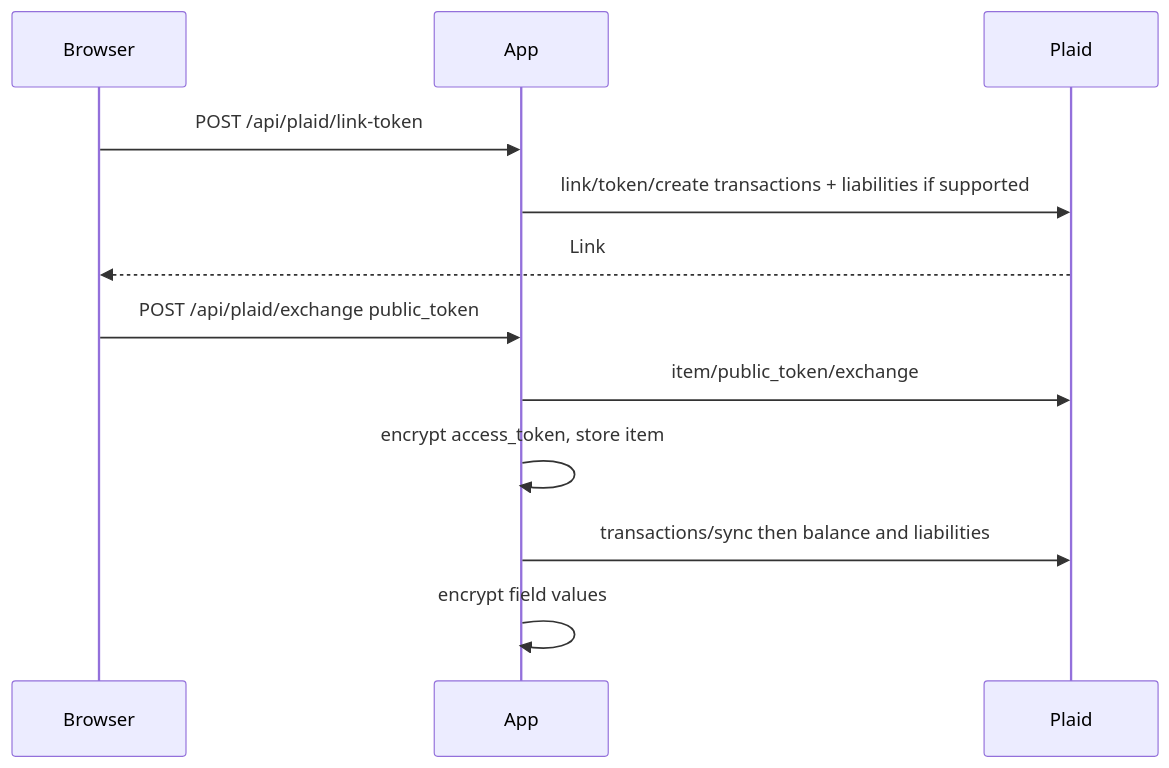
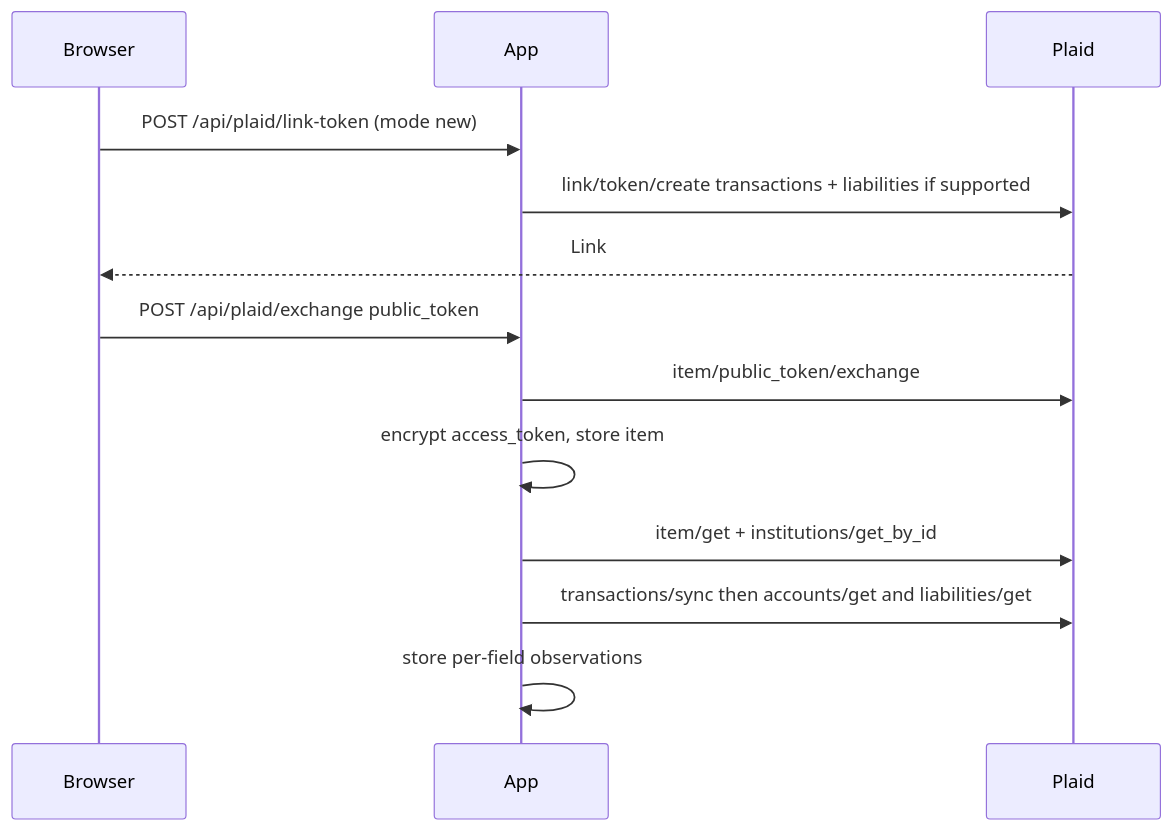
One commit to A-Pamimo/amexLink changed the third of 4 diagrams in docs/ARCHITECTURE.md. Above: the diagram before and after it, drawn with Mermaid. The commit also changed other lines of this file and 2 other files, not shown here.

First line of the commit message:
docs: reconcile HANDOVER, architecture and provider docs with the built system (WP8)

````diff
--- a/docs/ARCHITECTURE.md
+++ b/docs/ARCHITECTURE.md
@@ -165,14 +178,15 @@
 ```mermaid
 sequenceDiagram
   participant Browser
   participant App
   participant Plaid
-  Browser->>App: POST /api/plaid/link-token
+  Browser->>App: POST /api/plaid/link-token (mode new)
   App->>Plaid: link/token/create transactions + liabilities if supported
   Plaid-->>Browser: Link
   Browser->>App: POST /api/plaid/exchange public_token
   App->>Plaid: item/public_token/exchange
   App->>App: encrypt access_token, store item
-  App->>Plaid: transactions/sync then balance and liabilities
-  App->>App: encrypt field values
+  App->>Plaid: item/get + institutions/get_by_id
+  App->>Plaid: transactions/sync then accounts/get and liabilities/get
+  App->>App: store per-field observations
 ```
````
